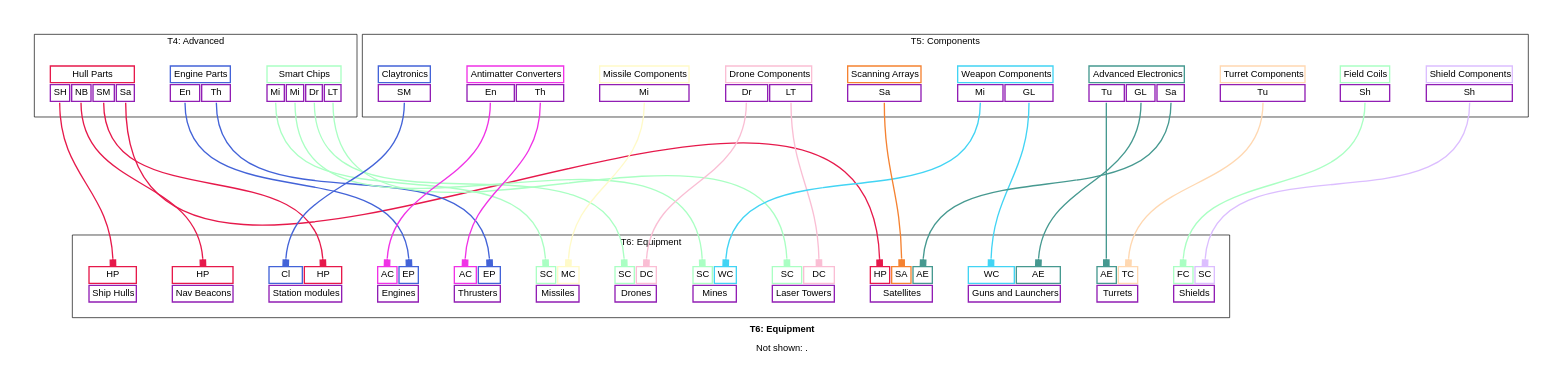
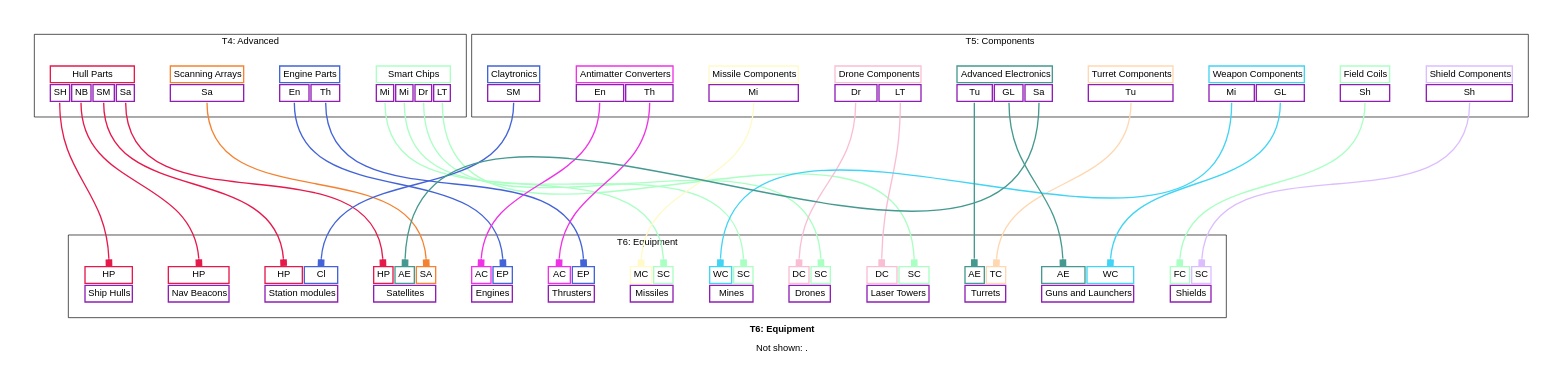
Before and after one commit to borntyping/x4-diagrams: the diagram in docs/t6_equipment_graph_simplified.dot, drawn with Graphviz. The commit also changed 46 other files, not shown here.

```diff
--- a/docs/t6_equipment_graph_simplified.dot
+++ b/docs/t6_equipment_graph_simplified.dot
@@ -160,6 +160,9 @@
     </tr>
   
 </table>>]
+	}
+	subgraph 4 {
+		cluster=true label="T4: Advanced"
 		scanning_arrays [label=<<table border="0" cellborder="2" cellpadding="4" cellspacing="1" fixedsize="false" id="scanning_arrays" port="output">
   
   <tr>
@@ -173,6 +176,9 @@
     </tr>
   
 </table>>]
+	}
+	subgraph 5 {
+		cluster=true label="T5: Components"
 		claytronics [label=<<table border="0" cellborder="2" cellpadding="4" cellspacing="1" fixedsize="false" id="claytronics" port="output">
   
   <tr>
@@ -236,9 +242,9 @@
   
     <tr>
       
+        <td align="text" bgcolor="white" color="#fffac8" port="missile_components">MC</td>
+      
         <td align="text" bgcolor="white" color="#aaffc3" port="smart_chips">SC</td>
-      
-        <td align="text" bgcolor="white" color="#fffac8" port="missile_components">MC</td>
       
     </tr>
   
@@ -251,9 +257,9 @@
   
     <tr>
       
+        <td align="text" bgcolor="white" color="#e6194B" port="hull_parts">HP</td>
+      
         <td align="text" bgcolor="white" color="#4363d8" port="claytronics">Cl</td>
-      
-        <td align="text" bgcolor="white" color="#e6194B" port="hull_parts">HP</td>
       
     </tr>
   
@@ -296,9 +302,9 @@
   
     <tr>
       
+        <td align="text" bgcolor="white" color="#42d4f4" port="weapon_components">WC</td>
+      
         <td align="text" bgcolor="white" color="#aaffc3" port="smart_chips">SC</td>
-      
-        <td align="text" bgcolor="white" color="#42d4f4" port="weapon_components">WC</td>
       
     </tr>
   
@@ -311,9 +317,9 @@
   
     <tr>
       
+        <td align="text" bgcolor="white" color="#fabed4" port="drone_components">DC</td>
+      
         <td align="text" bgcolor="white" color="#aaffc3" port="smart_chips">SC</td>
-      
-        <td align="text" bgcolor="white" color="#fabed4" port="drone_components">DC</td>
       
     </tr>
   
@@ -326,9 +332,9 @@
   
     <tr>
       
+        <td align="text" bgcolor="white" color="#fabed4" port="drone_components">DC</td>
+      
         <td align="text" bgcolor="white" color="#aaffc3" port="smart_chips">SC</td>
-      
-        <td align="text" bgcolor="white" color="#fabed4" port="drone_components">DC</td>
       
     </tr>
   
@@ -371,9 +377,9 @@
   
     <tr>
       
+        <td align="text" bgcolor="white" color="#469990" port="advanced_electronics">AE</td>
+      
         <td align="text" bgcolor="white" color="#42d4f4" port="weapon_components">WC</td>
-      
-        <td align="text" bgcolor="white" color="#469990" port="advanced_electronics">AE</td>
       
     </tr>
   
@@ -388,9 +394,9 @@
       
         <td align="text" bgcolor="white" color="#e6194B" port="hull_parts">HP</td>
       
+        <td align="text" bgcolor="white" color="#469990" port="advanced_electronics">AE</td>
+      
         <td align="text" bgcolor="white" color="#f58231" port="scanning_arrays">SA</td>
-      
-        <td align="text" bgcolor="white" color="#469990" port="advanced_electronics">AE</td>
       
     </tr>
   
```
